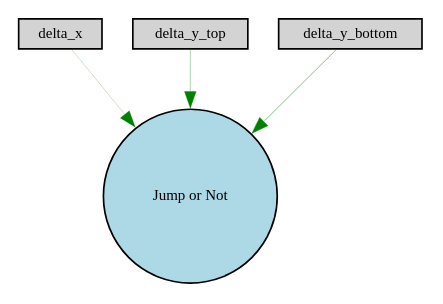
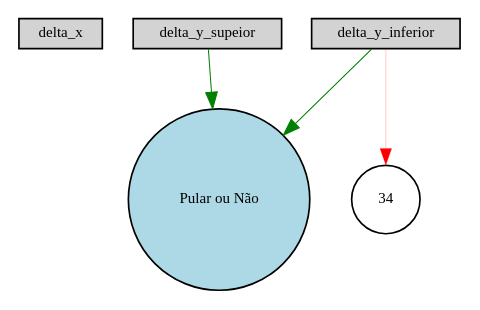
Before and after one commit to MarcosEduard0/Flappy-Bird-AG: the diagram in Digraph.gv, drawn with Graphviz. The commit also changed 13 other files, not shown here.

```diff
--- a/Digraph.gv
+++ b/Digraph.gv
@@ -1,10 +1,11 @@
 digraph {
 	node [fontsize=9 height=0.2 shape=circle width=0.2]
 	delta_x [fillcolor=lightgray shape=box style=filled]
-	delta_y_top [fillcolor=lightgray shape=box style=filled]
-	delta_y_bottom [fillcolor=lightgray shape=box style=filled]
-	"Jump or Not" [fillcolor=lightblue style=filled]
-	delta_x -> "Jump or Not" [color=green penwidth=0.13127172959045155 style=solid]
-	delta_y_top -> "Jump or Not" [color=green penwidth=0.2023233452343874 style=solid]
-	delta_y_bottom -> "Jump or Not" [color=green penwidth=0.2918409459389488 style=solid]
+	delta_y_supeior [fillcolor=lightgray shape=box style=filled]
+	delta_y_inferior [fillcolor=lightgray shape=box style=filled]
+	"Pular ou Não" [fillcolor=lightblue style=filled]
+	34 [fillcolor=white style=filled]
+	delta_y_supeior -> "Pular ou Não" [color=green penwidth=0.6063439300460751 style=solid]
+	delta_y_inferior -> "Pular ou Não" [color=green penwidth=0.6271502521022765 style=solid]
+	delta_y_inferior -> 34 [color=red penwidth=0.12571357224939222 style=solid]
 }
```
